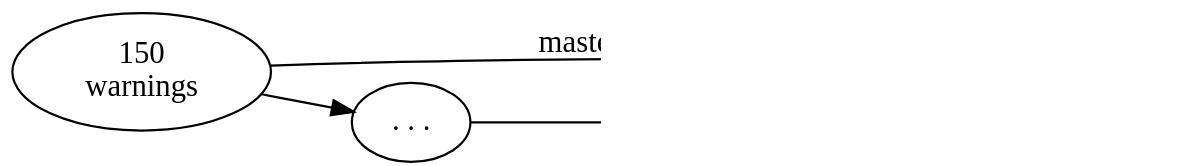
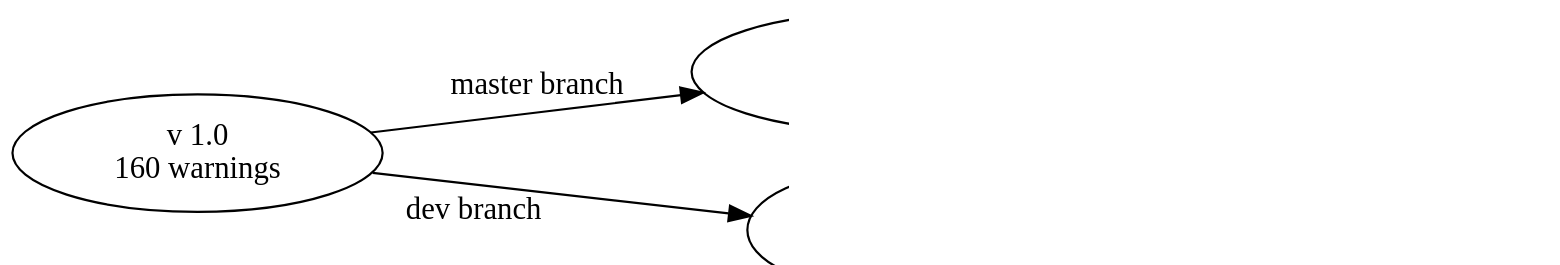
The second of 5 diagrams in src/main/asciidoc/csa.adoc (inponomarev/csa), drawn with Graphviz before and after one commit. The commit also changed other lines of this file and 1 other file, not shown here.

Commit message:
better git graphs

```diff
--- a/src/main/asciidoc/csa.adoc
+++ b/src/main/asciidoc/csa.adoc
@@ -231,16 +250,17 @@
 [graphviz, "ratchet-p1.png"]
 -----
 digraph G {
   rankdir="LR";
   graph [ dpi = 150 ];
+  ri[label="v 1.0\n 160 warnings"];
+  ri -> r1 [label="master branch"];
+  r1 -> r2 [label="master branch"];
   
-  r1 -> r2 [label="master branch"];
-  b1 -> b3;
-  r1->b1;
-  r1[label="150\nwarnings"];
-  b1[label=". . ."];
-  b3[label=". . ."];
-  b3->r2;
+  ri ->b1 [xlabel = "dev branch"];
+  r1[label="v 1.1\n 150 warnings"];
+  b1[label="+ 2\nwarnings"];
+  
+  b1->r2;
   r2[label="152\nwarnings", color="red", xlabel=<<font color="red">merge blocked</font>>];
 }
 -----
```
